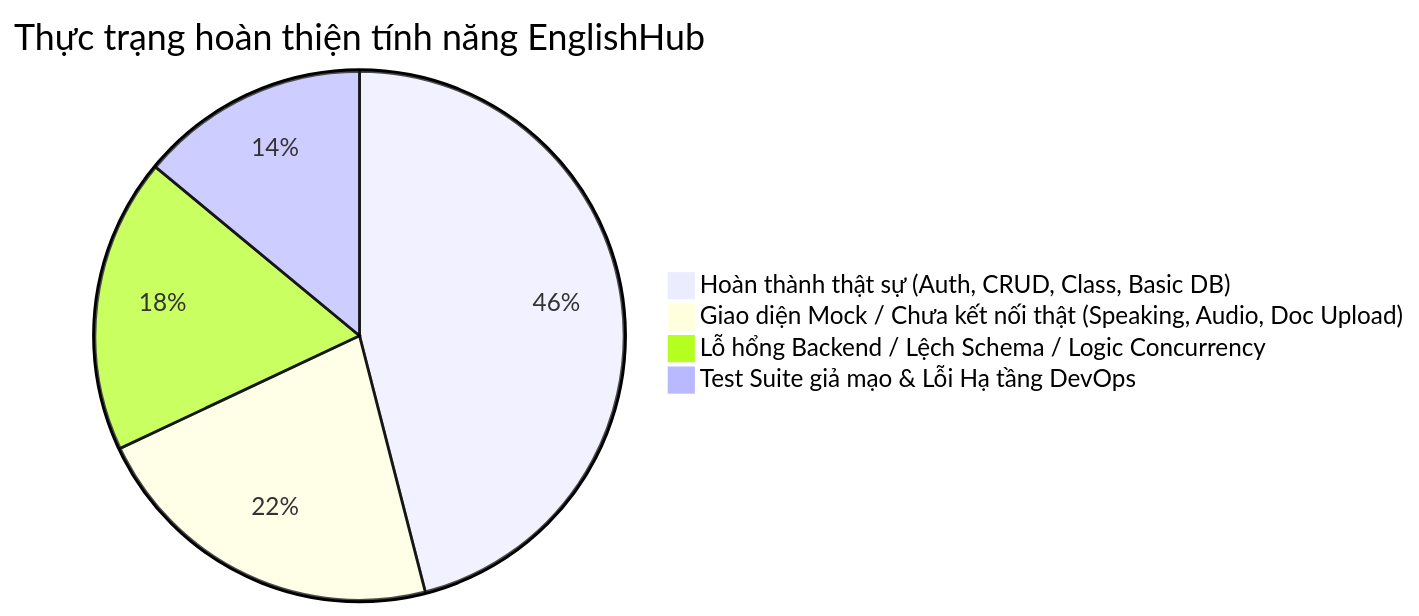
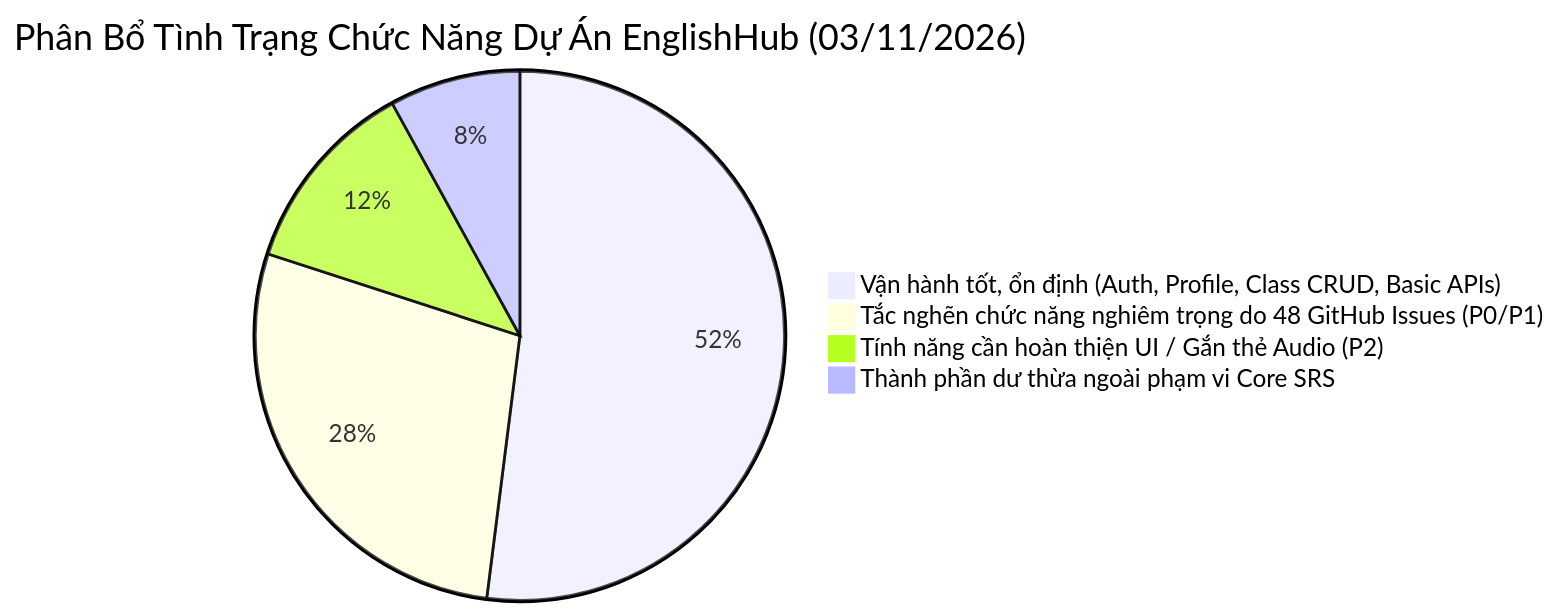
Before and after one commit to hotung9108/EnglishHub: the second of 4 diagrams in docs/PROJECT_COMPLETE_AUDIT_AND_BUGS.md, drawn with Mermaid. The commit also changed other lines of this file and 11 other files, not shown here.

````diff
--- a/docs/PROJECT_COMPLETE_AUDIT_AND_BUGS.md
+++ b/docs/PROJECT_COMPLETE_AUDIT_AND_BUGS.md
@@ -93,7 +106,7 @@
 ```mermaid
-pie title Thực trạng hoàn thiện tính năng EnglishHub
-    "Hoàn thành thật sự (Auth, CRUD, Class, Basic DB)" : 46
-    "Giao diện Mock / Chưa kết nối thật (Speaking, Audio, Doc Upload)" : 22
-    "Lỗ hổng Backend / Lệch Schema / Logic Concurrency" : 18
-    "Test Suite giả mạo & Lỗi Hạ tầng DevOps" : 14
+pie title Phân Bổ Tình Trạng Chức Năng Dự Án EnglishHub (03/11/2026)
+    "Vận hành tốt, ổn định (Auth, Profile, Class CRUD, Basic APIs)" : 52
+    "Tắc nghẽn chức năng nghiêm trọng do 48 GitHub Issues (P0/P1)" : 28
+    "Tính năng cần hoàn thiện UI / Gắn thẻ Audio (P2)" : 12
+    "Thành phần dư thừa ngoài phạm vi Core SRS" : 8
 ```
````
